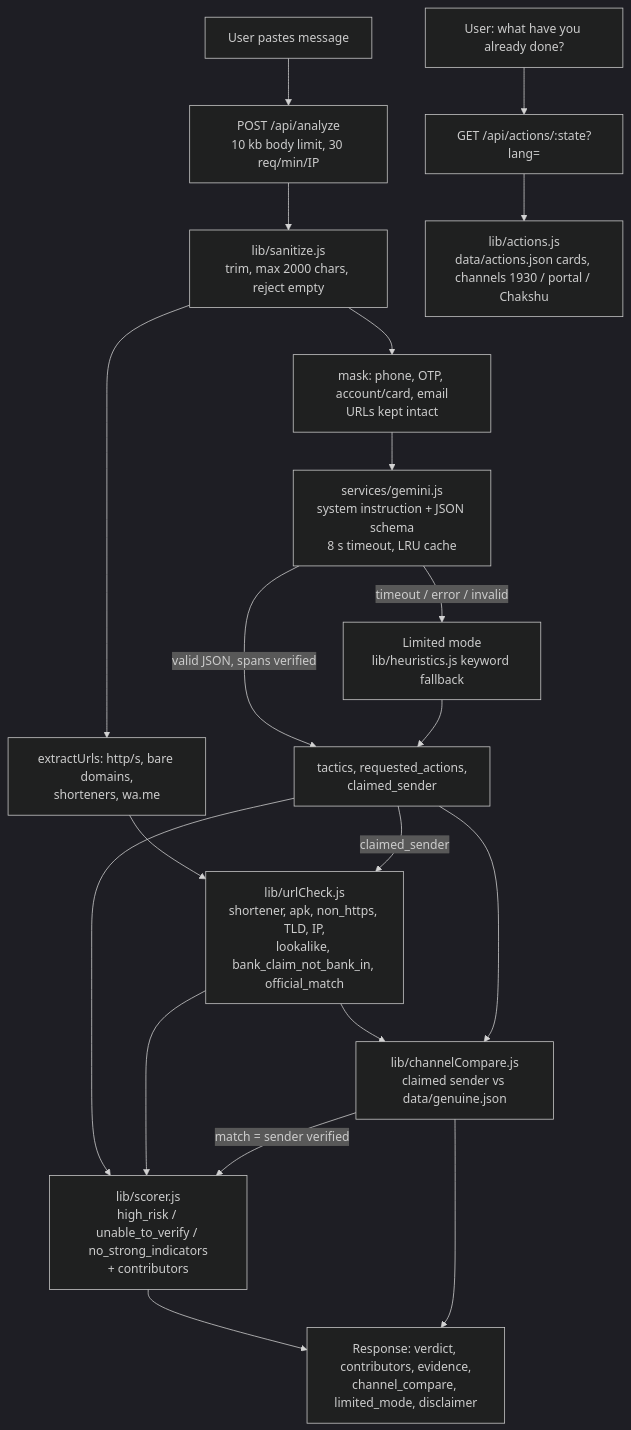
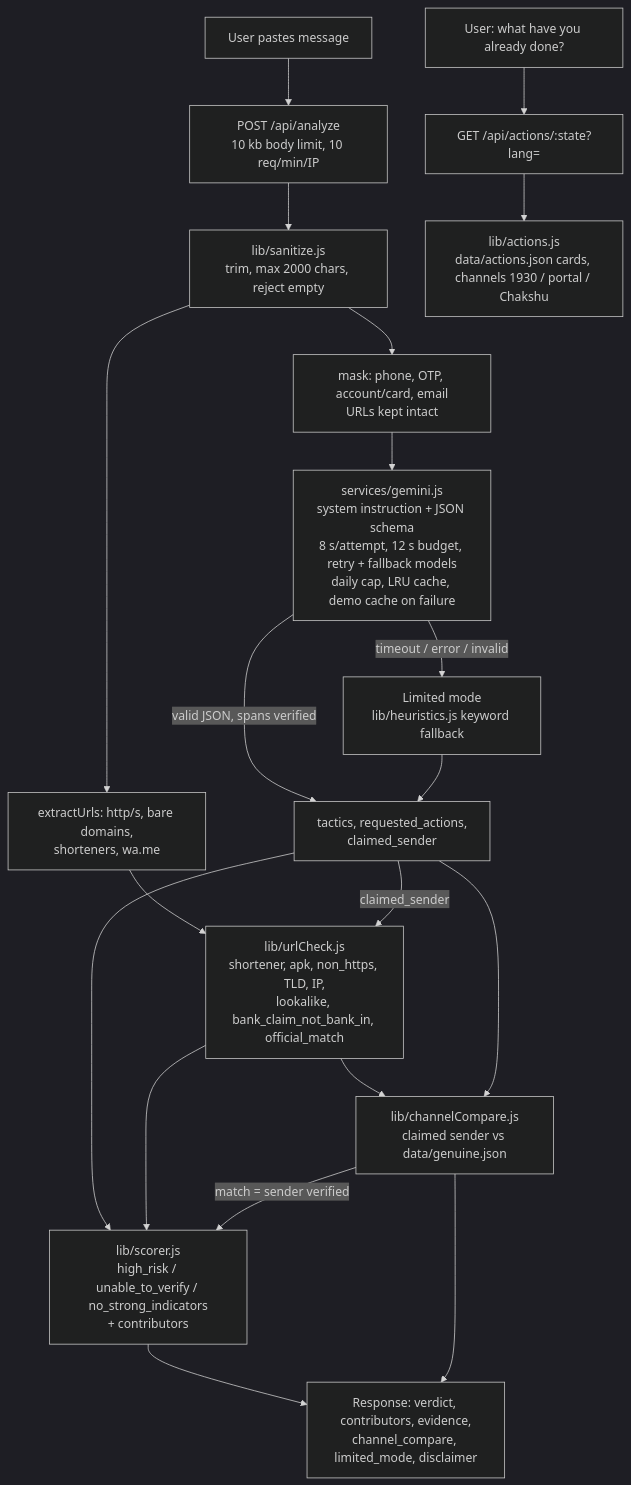
One commit to saaahilhussain/xotorko changed the diagram in docs/ARCHITECTURE.md. Above: the diagram before and after it, drawn with Mermaid (dark theme).

Commit message:
docs: architecture labels for new limits

````diff
--- a/docs/ARCHITECTURE.md
+++ b/docs/ARCHITECTURE.md
@@ -5,27 +5,27 @@
 ```mermaid
 flowchart TD
-    U[User pastes message] --> API[POST /api/analyze<br/>10 kb body limit, 30 req/min/IP]
+    U[User pastes message] --> API[POST /api/analyze<br/>10 kb body limit, 10 req/min/IP]
     API --> S[lib/sanitize.js<br/>trim, max 2000 chars, reject empty]
     S --> M[mask: phone, OTP, account/card, email<br/>URLs kept intact]
     S --> X[extractUrls: http/s, bare domains,<br/>shorteners, wa.me]
 
-    M --> G[services/gemini.js<br/>system instruction + JSON schema<br/>8 s timeout, LRU cache]
+    M --> G[services/gemini.js<br/>system instruction + JSON schema<br/>8 s/attempt, 12 s budget, retry + fallback models<br/>daily cap, LRU cache, demo cache on failure]
     G -->|valid JSON, spans verified| T[tactics, requested_actions,<br/>claimed_sender]
     G -->|timeout / error / invalid| L[Limited mode<br/>lib/heuristics.js keyword fallback]
     L --> T
 
     X --> UC[lib/urlCheck.js<br/>shortener, apk, non_https, TLD, IP,<br/>lookalike, bank_claim_not_bank_in, official_match]
     T -->|claimed_sender| UC
 
     T --> SC[lib/scorer.js<br/>high_risk / unable_to_verify / no_strong_indicators<br/>+ contributors]
     UC --> SC
     UC --> CC[lib/channelCompare.js<br/>claimed sender vs data/genuine.json]
     T --> CC
     CC -->|match = sender verified| SC
 
     SC --> R[Response: verdict, contributors, evidence,<br/>channel_compare, limited_mode, disclaimer]
     CC --> R
 
     U2[User: what have you already done?] --> AR[GET /api/actions/:state?lang=]
     AR --> AC[lib/actions.js<br/>data/actions.json cards, channels 1930 / portal / Chakshu]
 ```
````
